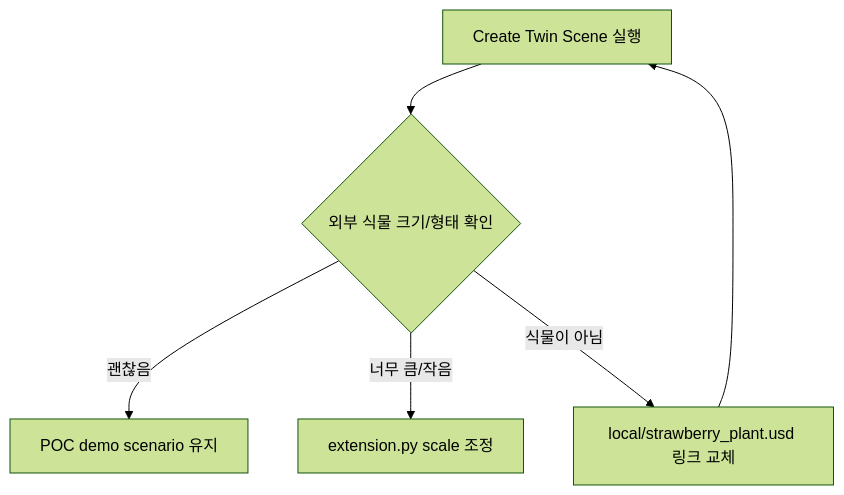
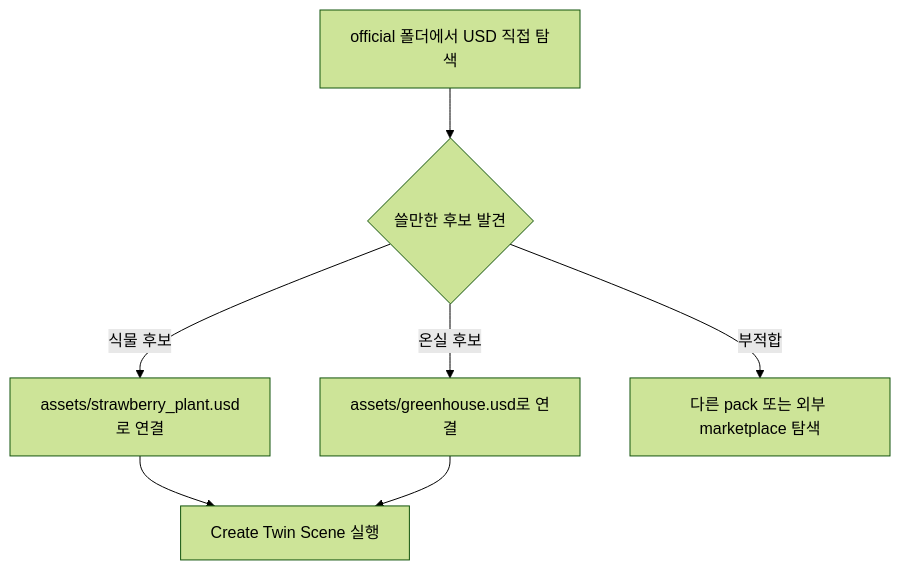
The diagram in docs/Progess/2026-05-22-official-asset-pack-staging.md (SJoon99/Creative-Self-Motivating), drawn with Mermaid (forest theme) before and after one commit. The commit also changed other lines of this file and 3 other files, not shown here.

````diff
--- a/docs/Progess/2026-05-22-official-asset-pack-staging.md
+++ b/docs/Progess/2026-05-22-official-asset-pack-staging.md
@@ -101,8 +95,9 @@
 ```mermaid
 flowchart TD
-    A[Create Twin Scene 실행] --> B{외부 식물 크기/형태 확인}
-    B -->|괜찮음| C[POC demo scenario 유지]
-    B -->|너무 큼/작음| D[extension.py scale 조정]
-    B -->|식물이 아님| E[local/strawberry_plant.usd 링크 교체]
-    E --> A
+    A[official 폴더에서 USD 직접 탐색] --> B{쓸만한 후보 발견}
+    B -->|식물 후보| C[assets/strawberry_plant.usd로 연결]
+    B -->|온실 후보| D[assets/greenhouse.usd로 연결]
+    B -->|부적합| E[다른 pack 또는 외부 marketplace 탐색]
+    C --> F[Create Twin Scene 실행]
+    D --> F
 ```
````
